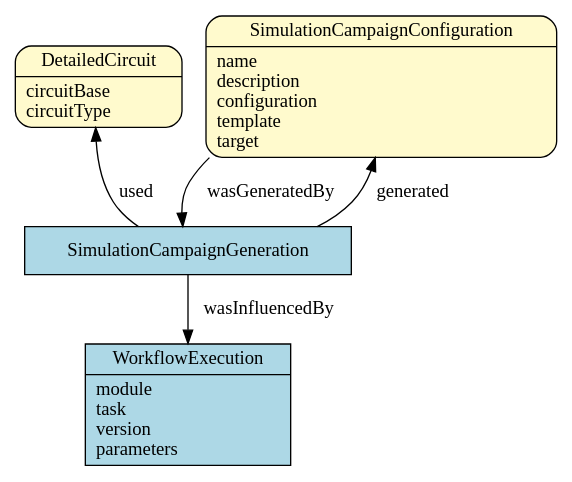
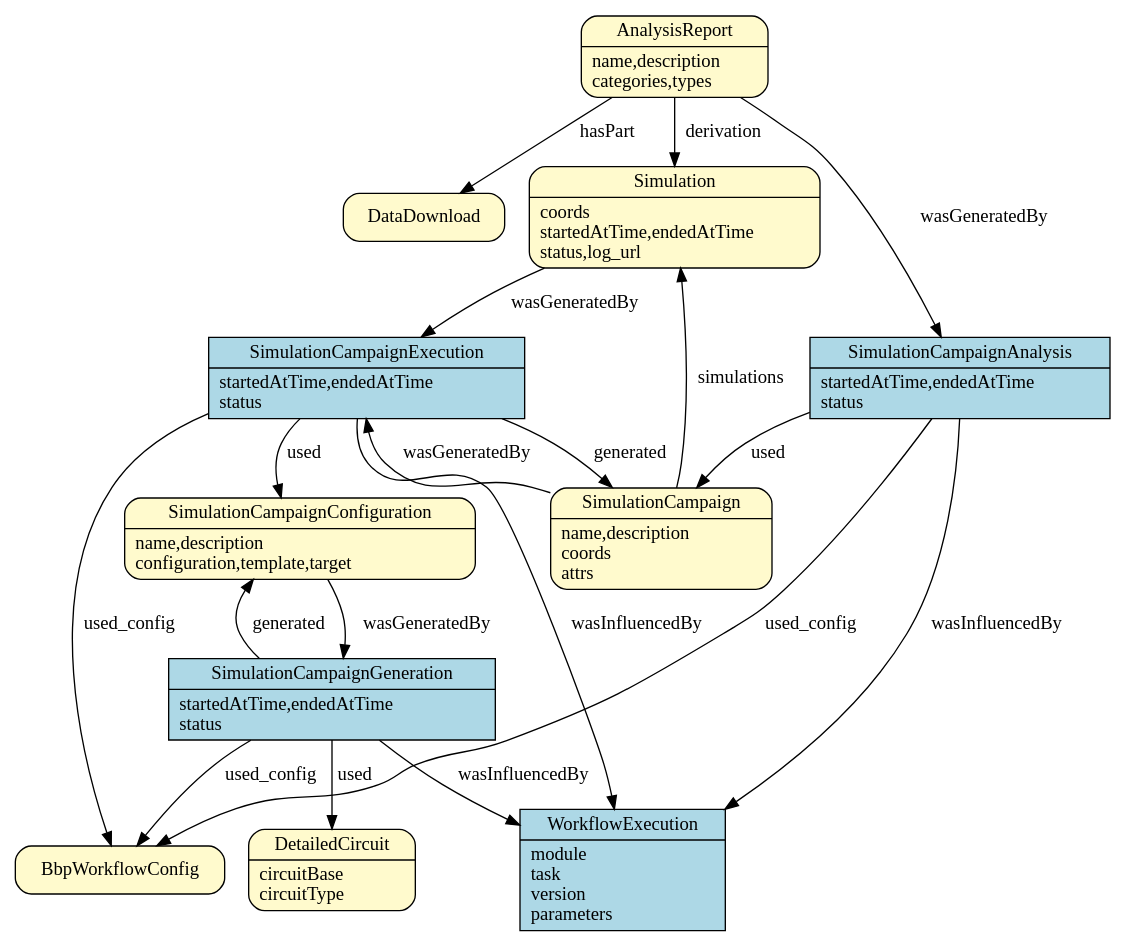
The fourth of 4 diagrams in doc/source/prov_patterns.rst (BlueBrain/entity-management), drawn with Graphviz before and after one commit. The commit also changed other lines of this file and 2 other files, not shown here.

Commit message:
override wasGeneratedBy to WorkflowExecution only when it was not set on entity

```diff
--- a/doc/source/prov_patterns.rst
+++ b/doc/source/prov_patterns.rst
@@ -85,6 +85,11 @@
 .. graphviz::
 
     digraph SimulationCampaignGeneration {
+        DataDownload [
+            shape = Mrecord style = filled fillcolor = lemonchiffon
+            href = "../generated/entity_management.core.html#entity_management.core.DataDownload"
+            target = "_top"
+        ]
         DetailedCircuit [
             shape = Mrecord style = filled fillcolor = lemonchiffon
             label = "{DetailedCircuit|circuitBase\lcircuitType\l}"
@@ -93,13 +98,49 @@
         ]
         SimulationCampaignConfiguration [
             shape = Mrecord style = filled fillcolor = lemonchiffon
-            label = "{SimulationCampaignConfiguration|name\ldescription\lconfiguration\ltemplate\ltarget\l}"
+            label = "{SimulationCampaignConfiguration|name,description\lconfiguration,template,target\l}"
             href = "../generated/entity_management.simulation.html#entity_management.simulation.SimulationCampaignConfiguration"
             target = "_top"
         ]
         SimulationCampaignGeneration [
             shape = record style = filled fillcolor = lightblue
+            label = "{SimulationCampaignGeneration|startedAtTime,endedAtTime\lstatus\l}"
             href = "../generated/entity_management.simulation.html#entity_management.simulation.SimulationCampaignGeneration"
+            target = "_top"
+        ]
+        BbpWorkflowConfig [
+            shape = Mrecord style = filled fillcolor = lemonchiffon
+            href = "../generated/entity_management.simulation.html#entity_management.core.BbpWorkflowConfig"
+            target = "_top"
+        ]
+        SimulationCampaign [
+            shape = Mrecord style = filled fillcolor = lemonchiffon
+            label = "{SimulationCampaign|name,description\lcoords\lattrs\l}"
+            href = "../generated/entity_management.simulation.html#entity_management.simulation.SimulationCampaign"
+            target = "_top"
+        ]
+        SimulationCampaignExecution [
+            shape = record style = filled fillcolor = lightblue
+            label = "{SimulationCampaignExecution|startedAtTime,endedAtTime\lstatus\l}"
+            href = "../generated/entity_management.simulation.html#entity_management.simulation.SimulationCampaignExecution"
+            target = "_top"
+        ]
+        Simulation [
+            shape = Mrecord style = filled fillcolor = lemonchiffon
+            label = "{Simulation|coords\lstartedAtTime,endedAtTime\lstatus,log_url\l}"
+            href = "../generated/entity_management.simulation.html#entity_management.simulation.Simulation"
+            target = "_top"
+        ]
+        SimulationCampaignAnalysis [
+            shape = record style = filled fillcolor = lightblue
+            label = "{SimulationCampaignAnalysis|startedAtTime,endedAtTime\lstatus\l}"
+            href = "../generated/entity_management.simulation.html#entity_management.simulation.SimulationCampaignAnalysis"
+            target = "_top"
+        ]
+        AnalysisReport [
+            shape = Mrecord style = filled fillcolor = lemonchiffon
+            label = "{AnalysisReport|name,description\lcategories,types\l}"
+            href = "../generated/entity_management.simulation.html#entity_management.simulation.AnalysisReport"
             target = "_top"
         ]
         WorkflowExecution [
@@ -108,9 +149,23 @@
             href = "../generated/entity_management.core.html#entity_management.core.WorkflowExecution"
             target = "_top"
         ]
-        { rank=same SimulationCampaignConfiguration DetailedCircuit }
-        SimulationCampaignGeneration -> WorkflowExecution [label = "wasInfluencedBy"];
+        { rank=same SimulationCampaignConfiguration SimulationCampaign }
+        SimulationCampaignGeneration -> BbpWorkflowConfig [label = "used_config"];
         SimulationCampaignGeneration -> DetailedCircuit [label = "used"];
         SimulationCampaignConfiguration -> SimulationCampaignGeneration [label = "wasGeneratedBy"];
         SimulationCampaignGeneration -> SimulationCampaignConfiguration [label = "generated"];
+        SimulationCampaignGeneration -> WorkflowExecution [label = "wasInfluencedBy"];
+        SimulationCampaignExecution -> BbpWorkflowConfig [label = "used_config"];
+        SimulationCampaignExecution -> SimulationCampaignConfiguration [label = "used"];
+        SimulationCampaignExecution -> SimulationCampaign [label = "generated"];
+        SimulationCampaignExecution -> WorkflowExecution [label = "wasInfluencedBy"];
+        SimulationCampaign -> SimulationCampaignExecution [label = "wasGeneratedBy"];
+        SimulationCampaign -> Simulation [label = "simulations"];
+        Simulation -> SimulationCampaignExecution [label = "wasGeneratedBy"];
+        SimulationCampaignAnalysis -> BbpWorkflowConfig [label = "used_config"];
+        SimulationCampaignAnalysis -> SimulationCampaign [label = "used"];
+        SimulationCampaignAnalysis -> WorkflowExecution [label = "wasInfluencedBy"];
+        AnalysisReport -> Simulation [label = "derivation"];
+        AnalysisReport -> SimulationCampaignAnalysis [label = "wasGeneratedBy"];
+        AnalysisReport -> DataDownload [label = "hasPart"];
     }
```
